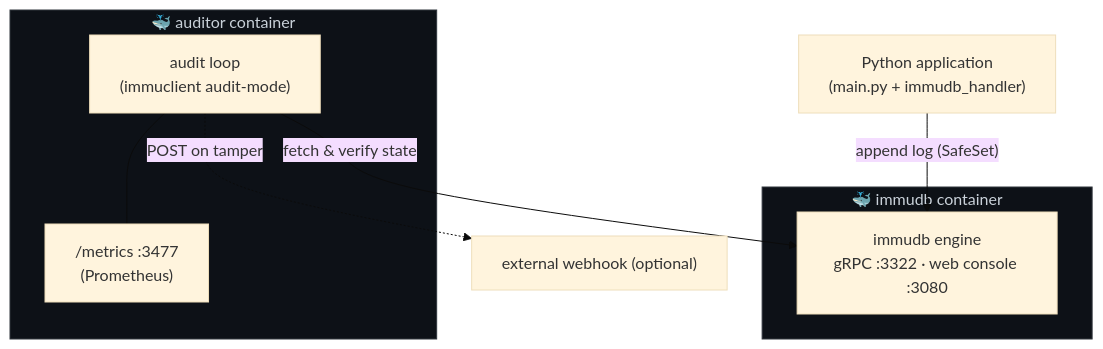
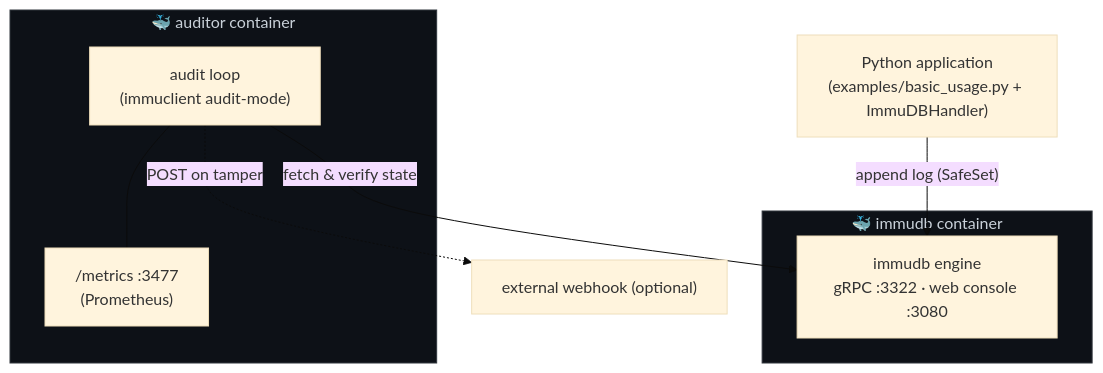
One commit to rytisss/immutable-logging changed the diagram in README.md. Above: the diagram before and after it, drawn with Mermaid (base theme). The commit also changed other lines of this file, not shown here.

````diff
--- a/README.md
+++ b/README.md
@@ -199,23 +226,23 @@
 ```mermaid
 flowchart TB
-    App["Python application<br/>(main.py + immudb_handler)"]
+    App["Python application<br/>(examples/basic_usage.py + ImmuDBHandler)"]
 
     subgraph immudbBox["🐳 immudb container"]
         DB["immudb engine<br/>gRPC :3322 · web console :3080"]
     end
 
     subgraph auditorBox["🐳 auditor container"]
         Aud["audit loop<br/>(immuclient audit-mode)"]
         Met["/metrics :3477<br/>(Prometheus)"]
     end
 
     Hook["external webhook (optional)"]
 
     App -- "append log (SafeSet)" --> DB
     Aud -- "fetch &amp; verify state" --> DB
     Aud --- Met
     Aud -. "POST on tamper" .-> Hook
 
     classDef container fill:#0d1117,stroke:#30363d,color:#c9d1d9
     class immudbBox,auditorBox container
 ```
````
